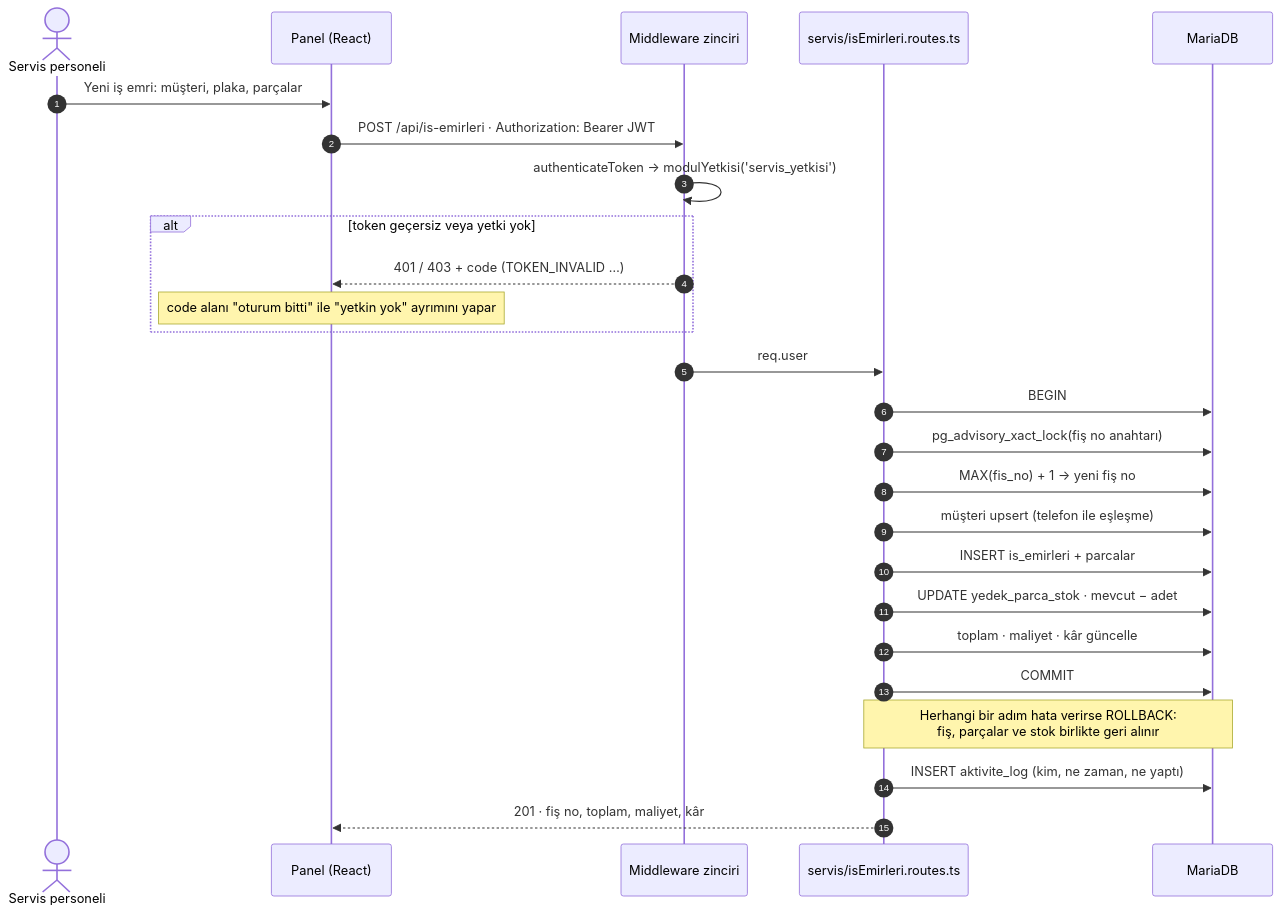
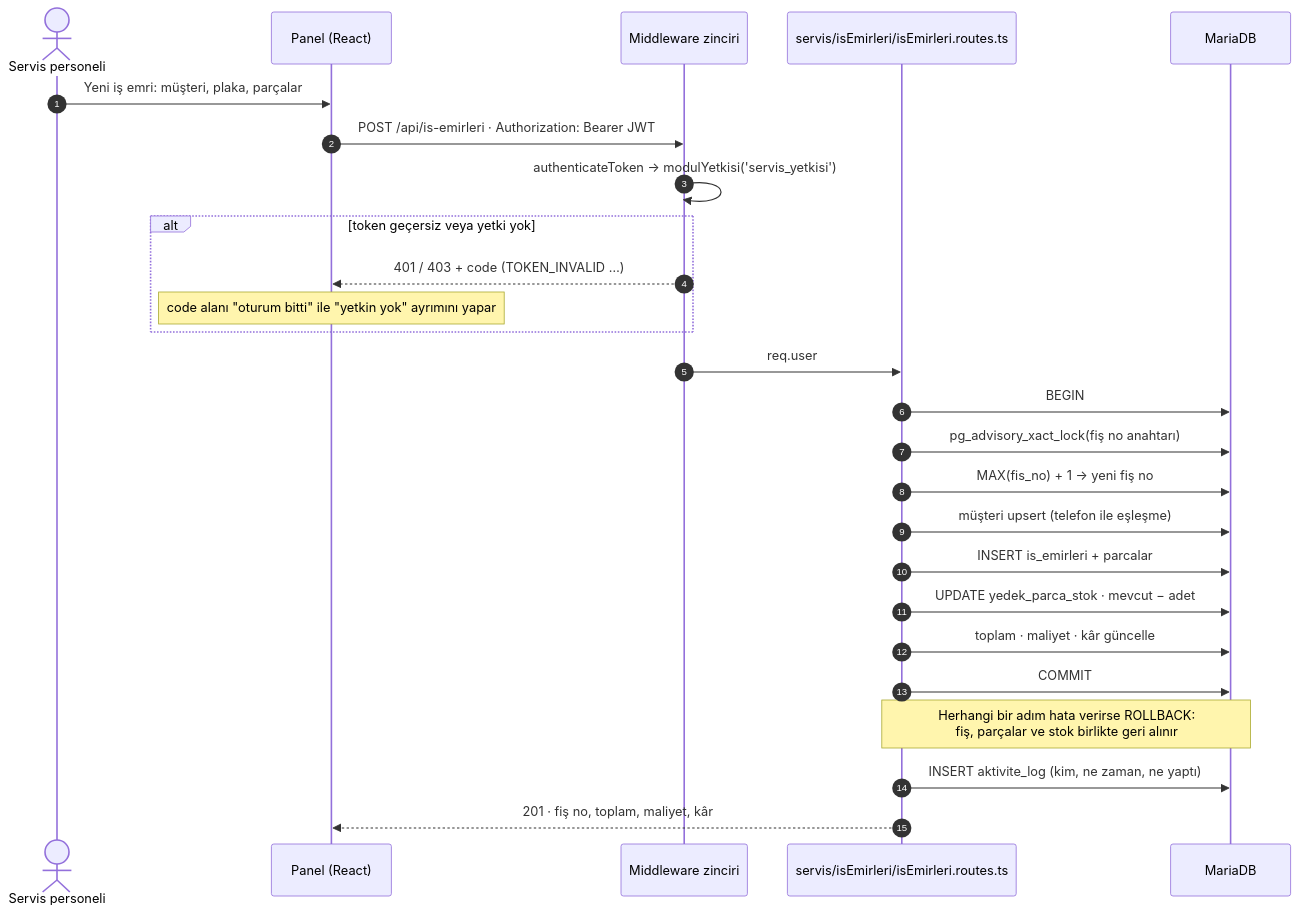
The second of 3 diagrams in README.md (salih12s/KaynarMotor), drawn with Mermaid before and after one commit. The commit also changed other lines of this file and 2 other files, not shown here.

````diff
--- a/README.md
+++ b/README.md
@@ -282,29 +282,29 @@
 ```mermaid
 sequenceDiagram
     autonumber
     actor U as Servis personeli
     participant P as Panel (React)
     participant M as Middleware zinciri
-    participant R as servis/isEmirleri.routes.ts
+    participant R as servis/isEmirleri/isEmirleri.routes.ts
     participant DB as MariaDB
 
     U->>P: Yeni iş emri: müşteri, plaka, parçalar
     P->>M: POST /api/is-emirleri · Authorization: Bearer JWT
     M->>M: authenticateToken → modulYetkisi('servis_yetkisi')
     alt token geçersiz veya yetki yok
         M-->>P: 401 / 403 + code (TOKEN_INVALID …)
         Note over P: code alanı "oturum bitti" ile "yetkin yok" ayrımını yapar
     end
     M->>R: req.user
     R->>DB: BEGIN
     R->>DB: pg_advisory_xact_lock(fiş no anahtarı)
     R->>DB: MAX(fis_no) + 1 → yeni fiş no
     R->>DB: müşteri upsert (telefon ile eşleşme)
     R->>DB: INSERT is_emirleri + parcalar
     R->>DB: UPDATE yedek_parca_stok · mevcut − adet
     R->>DB: toplam · maliyet · kâr güncelle
     R->>DB: COMMIT
     Note over R,DB: Herhangi bir adım hata verirse ROLLBACK:<br/>fiş, parçalar ve stok birlikte geri alınır
     R->>DB: INSERT aktivite_log (kim, ne zaman, ne yaptı)
     R-->>P: 201 · fiş no, toplam, maliyet, kâr
 ```
````
